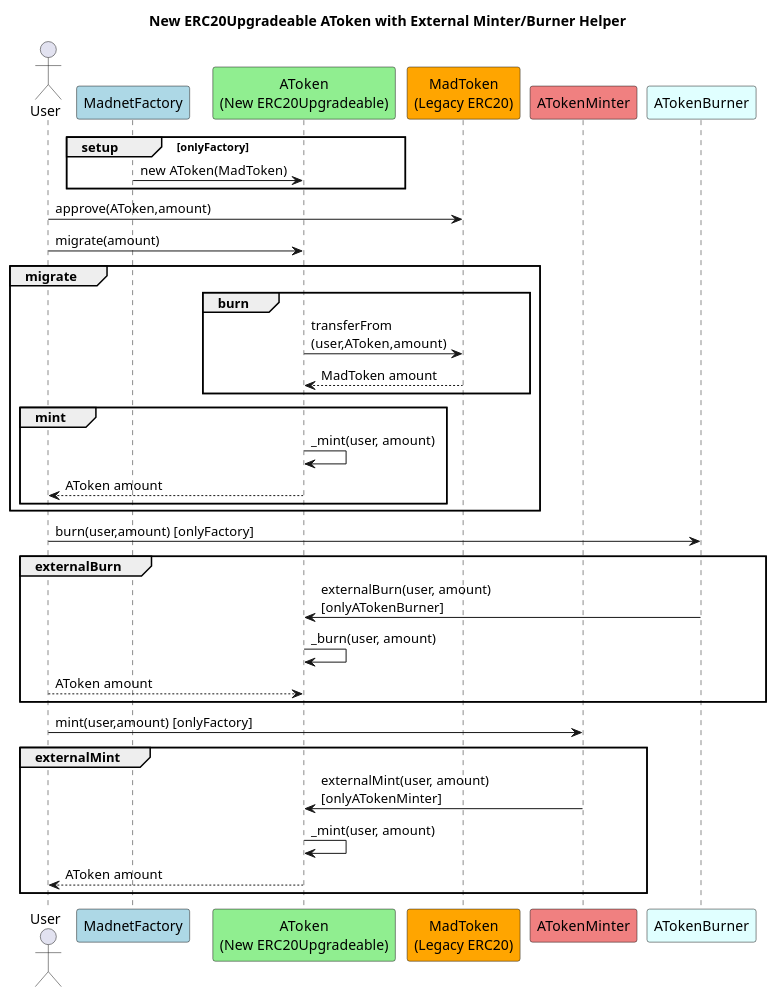
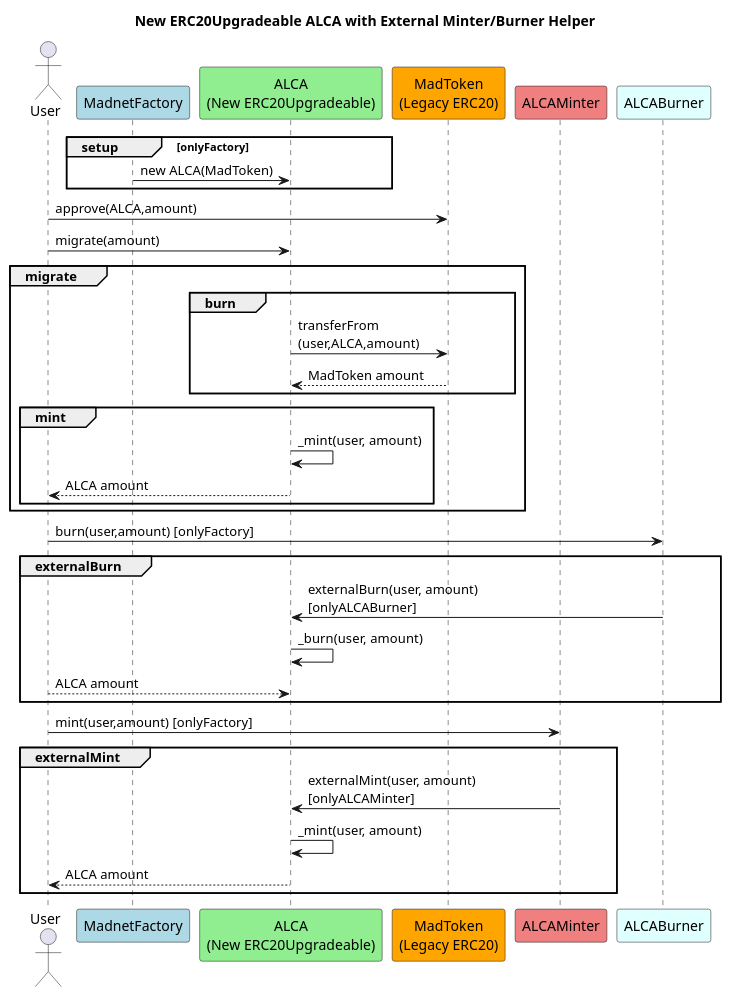
The diagram in bridge/docs/token_migration.puml (alicenet/alicenet), drawn with PlantUML before and after one commit. The commit also changed 91 other files, not shown here.

```diff
--- a/bridge/docs/token_migration.puml
+++ b/bridge/docs/token_migration.puml
@@ -1,37 +1,37 @@
 @startuml name
 Actor User
 Participant "MadnetFactory" as MadnetFactory #LightBlue
-Participant "AToken\n(New ERC20Upgradeable)" as AToken #LightGreen
+Participant "ALCA\n(New ERC20Upgradeable)" as ALCA #LightGreen
 Participant "MadToken\n(Legacy ERC20)" as MadToken #Orange
-Participant "ATokenMinter" as ATokenMinter #LightCoral
-Participant "ATokenBurner" as ATokenBurner #LightCyan
-title New ERC20Upgradeable AToken with External Minter/Burner Helper
+Participant "ALCAMinter" as ALCAMinter #LightCoral
+Participant "ALCABurner" as ALCABurner #LightCyan
+title New ERC20Upgradeable ALCA with External Minter/Burner Helper
 
 group setup    [onlyFactory]
-    MadnetFactory -> AToken : new AToken(MadToken)
+    MadnetFactory -> ALCA : new ALCA(MadToken)
 end
-User -> MadToken : approve(AToken,amount)
-User -> AToken : migrate(amount)
+User -> MadToken : approve(ALCA,amount)
+User -> ALCA : migrate(amount)
 group migrate
-    group burn       
-        AToken -> MadToken : transferFrom\n(user,AToken,amount)
-        MadToken --> AToken: MadToken amount
+    group burn
+        ALCA -> MadToken : transferFrom\n(user,ALCA,amount)
+        MadToken --> ALCA: MadToken amount
     end
-    group mint        
-        AToken -> AToken : _mint(user, amount)
-        AToken --> User: AToken amount
+    group mint
+        ALCA -> ALCA : _mint(user, amount)
+        ALCA --> User: ALCA amount
     end
 end
-User -> ATokenBurner : burn(user,amount) [onlyFactory]
-group externalBurn       
-    ATokenBurner -> AToken : externalBurn(user, amount)\n[onlyATokenBurner]
-    AToken -> AToken : _burn(user, amount)  
-    User --> AToken: AToken amount
+User -> ALCABurner : burn(user,amount) [onlyFactory]
+group externalBurn
+    ALCABurner -> ALCA : externalBurn(user, amount)\n[onlyALCABurner]
+    ALCA -> ALCA : _burn(user, amount)
+    User --> ALCA: ALCA amount
 end
-User -> ATokenMinter : mint(user,amount) [onlyFactory]
-group externalMint        
-    ATokenMinter -> AToken : externalMint(user, amount)\n[onlyATokenMinter]
-    AToken -> AToken : _mint(user, amount) 
-    AToken --> User: AToken amount
+User -> ALCAMinter : mint(user,amount) [onlyFactory]
+group externalMint
+    ALCAMinter -> ALCA : externalMint(user, amount)\n[onlyALCAMinter]
+    ALCA -> ALCA : _mint(user, amount)
+    ALCA --> User: ALCA amount
 end
 @enduml
```
